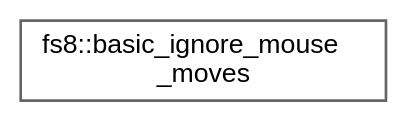
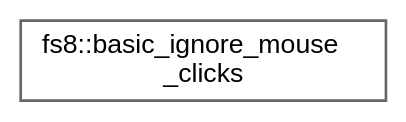
One commit to the-moisrex/foresight changed the diagram in api/inherit_graph_26.dot. Above: the diagram before and after it, drawn with Graphviz. The commit also changed 257 other files, not shown here.

```diff
--- a/api/inherit_graph_26.dot
+++ b/api/inherit_graph_26.dot
@@ -1,9 +1,9 @@
 digraph "Graphical Class Hierarchy"
 {
  // LATEX_PDF_SIZE
   bgcolor="transparent";
   edge [fontname=Helvetica,fontsize=10,labelfontname=Helvetica,labelfontsize=10];
   node [fontname=Helvetica,fontsize=10,shape=box,height=0.2,width=0.4];
   rankdir="LR";
-  Node0 [id="Node000000",label="fs8::basic_ignore_mouse\l_moves",height=0.2,width=0.4,color="grey40", fillcolor="white", style="filled",URL="$structfs8_1_1basic__ignore__mouse__moves.html",tooltip=" "];
+  Node0 [id="Node000000",label="fs8::basic_ignore_mouse\l_clicks",height=0.2,width=0.4,color="grey40", fillcolor="white", style="filled",URL="$structfs8_1_1basic__ignore__mouse__clicks.html",tooltip=" "];
 }
```
